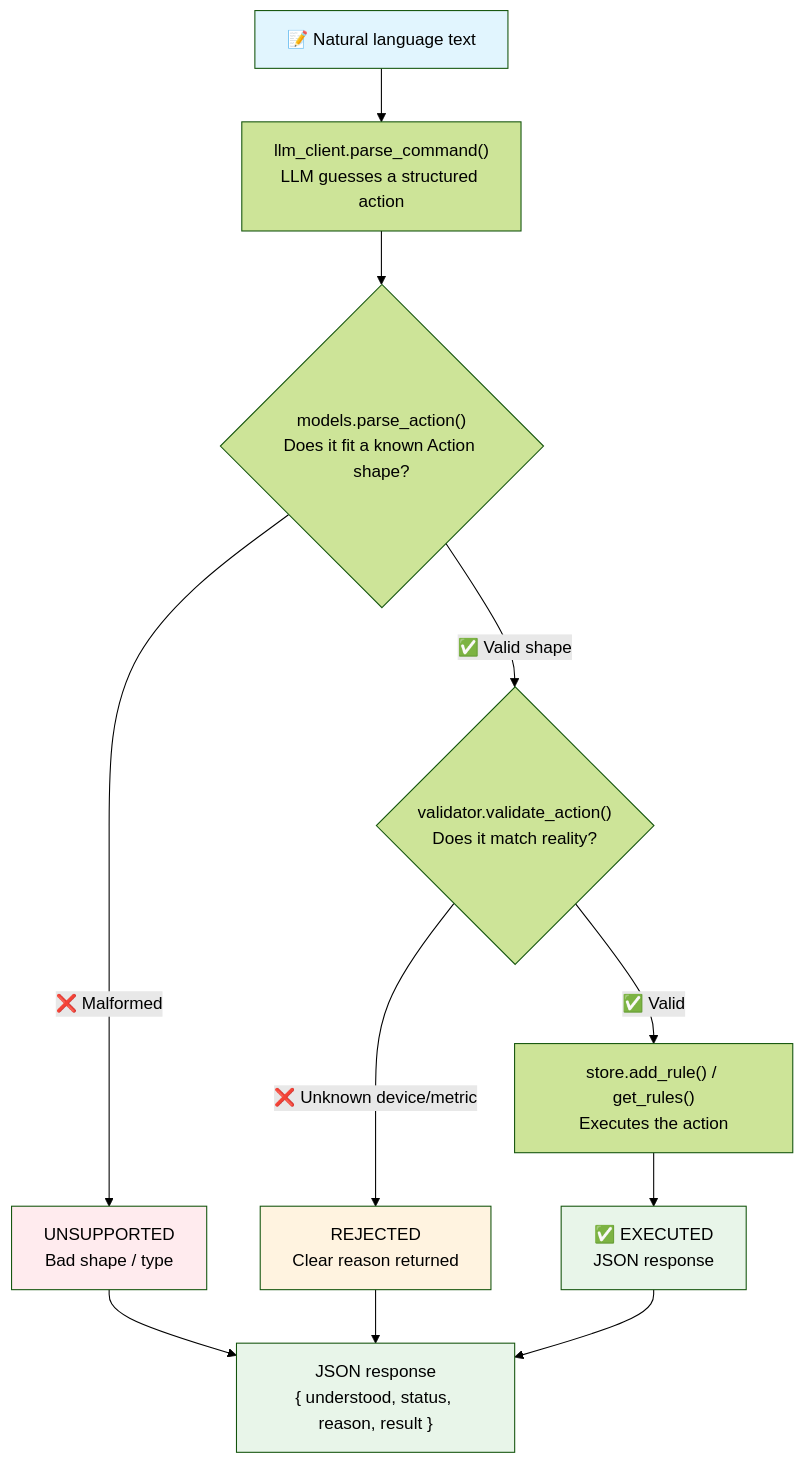
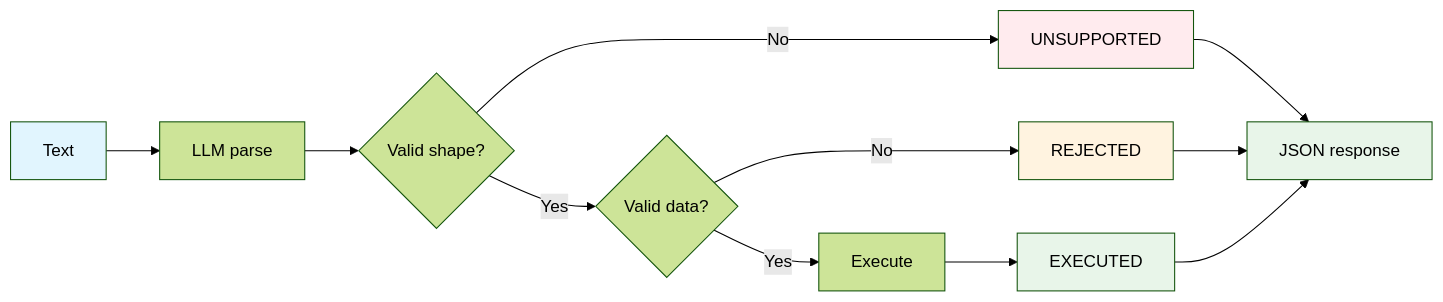
One commit to 65lokesh/nl-action-agent changed the diagram in README.md. Above: the diagram before and after it, drawn with Mermaid (forest theme). The commit also changed other lines of this file, not shown here.

Commit message:
Revise architecture flowchart in README
Updated architecture diagram to improve clarity and structure.

````diff
--- a/README.md
+++ b/README.md
@@ -114,19 +114,19 @@
 ```mermaid
-flowchart TD
-    A["📝 Natural language text"] --> B["llm_client.parse_command()<br/>LLM guesses a structured action"]
-    B --> C{"models.parse_action()<br/>Does it fit a known Action shape?"}
-    C -->|"❌ Malformed"| F["UNSUPPORTED<br/>Bad shape / type"]
-    C -->|"✅ Valid shape"| D{"validator.validate_action()<br/>Does it match reality?"}
-    D -->|"❌ Unknown device/metric"| G["REJECTED<br/>Clear reason returned"]
-    D -->|"✅ Valid"| E["store.add_rule() / get_rules()<br/>Executes the action"]
-    E --> H["✅ EXECUTED<br/>JSON response"]
-    F --> Z["JSON response<br/>{ understood, status, reason, result }"]
+flowchart LR
+    A["Text"] --> B["LLM parse"]
+    B --> C{"Valid shape?"}
+    C -->|No| F["UNSUPPORTED"]
+    C -->|Yes| D{"Valid data?"}
+    D -->|No| G["REJECTED"]
+    D -->|Yes| E["Execute"]
+    E --> H["EXECUTED"]
+    F --> Z["JSON response"]
     G --> Z
     H --> Z
 
     style A fill:#e1f5fe
     style Z fill:#e8f5e9
     style F fill:#ffebee
     style G fill:#fff3e0
     style H fill:#e8f5e9
 ```
````
